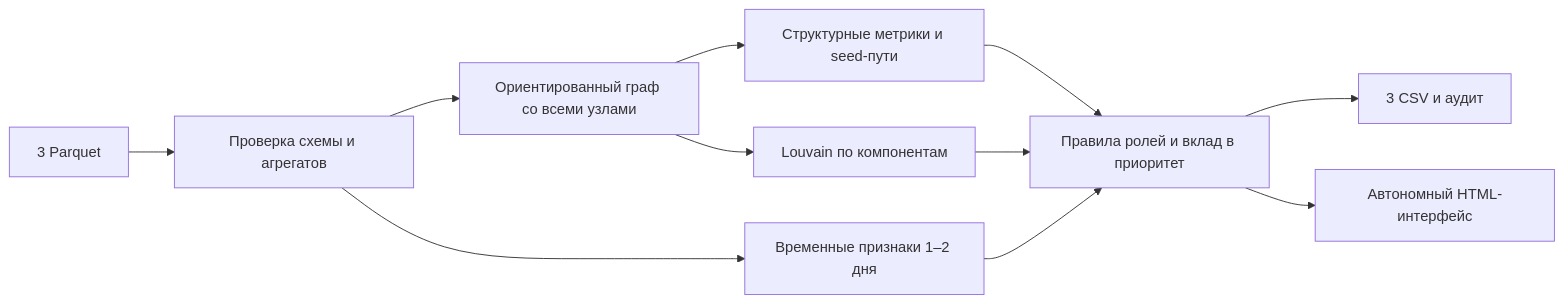
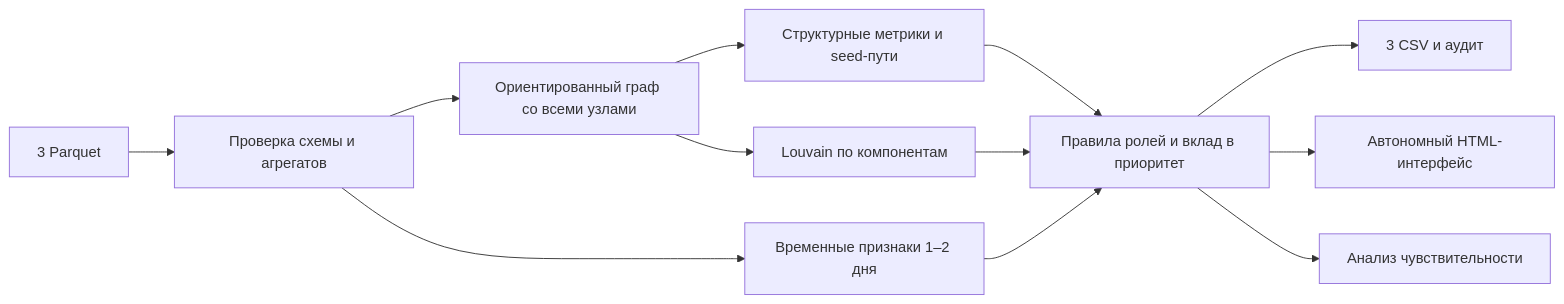
One commit to BAITC-Hacks/hack-bb09aaa3-simplex changed the diagram in README.md. Above: the diagram before and after it, drawn with Mermaid. The commit also changed other lines of this file, not shown here.

````diff
--- a/README.md
+++ b/README.md
@@ -164,13 +279,14 @@
 ```mermaid
 flowchart LR
   A[3 Parquet] --> B[Проверка схемы и агрегатов]
   B --> C[Ориентированный граф со всеми узлами]
   C --> D[Структурные метрики и seed-пути]
   C --> E[Louvain по компонентам]
   B --> F[Временные признаки 1–2 дня]
   D --> G[Правила ролей и вклад в приоритет]
   E --> G
   F --> G
   G --> H[3 CSV и аудит]
   G --> I[Автономный HTML-интерфейс]
+  G --> J[Анализ чувствительности]
 ```
````
